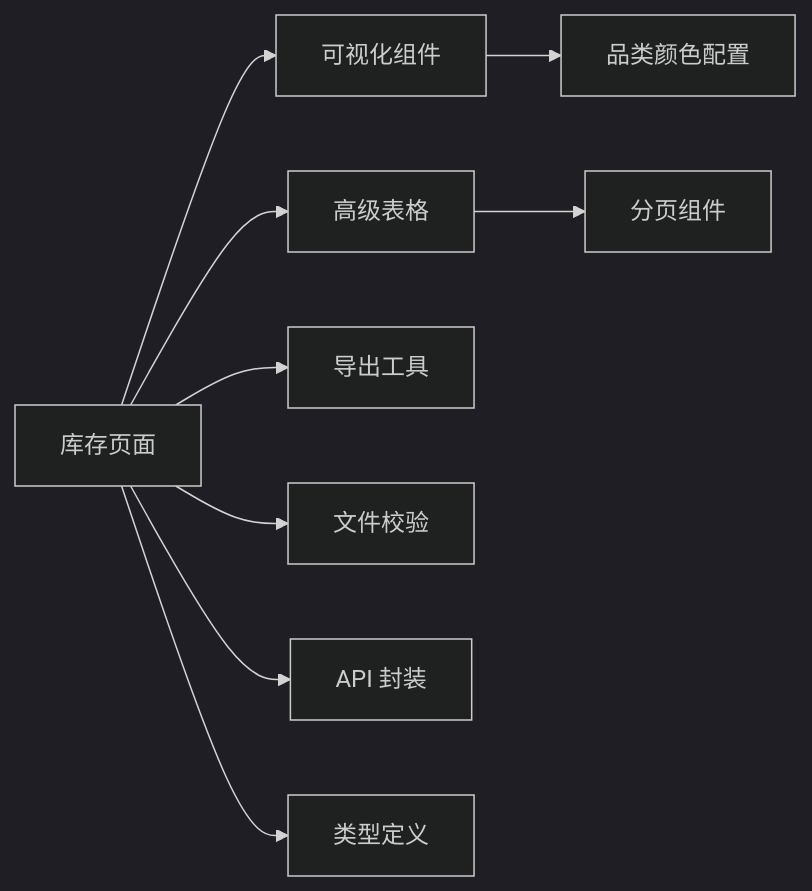
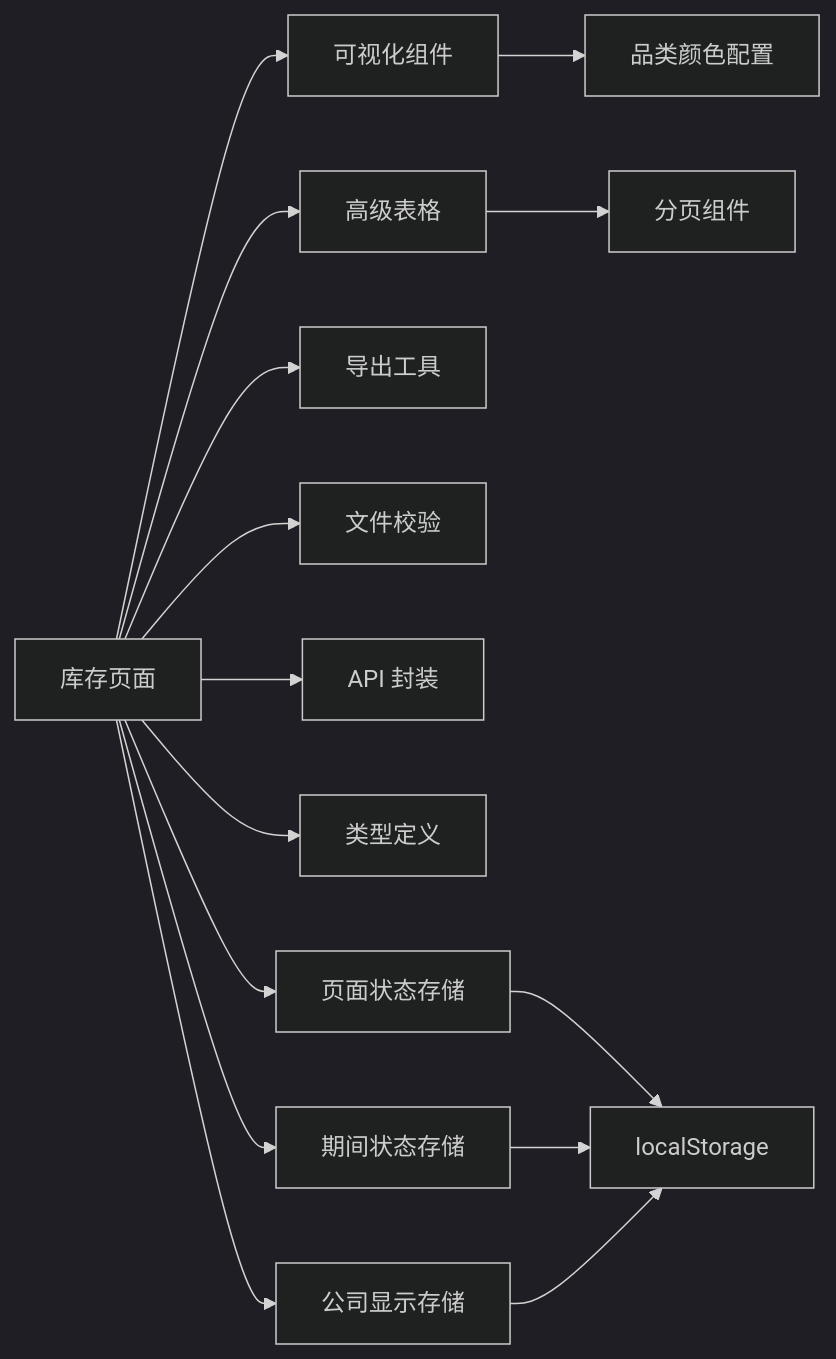
One commit to Damao997/newproject changed diagram 11 of 11 in .qoder/repowiki/zh/content/页面组件/库存管理页面.md. Above: the diagram before and after it, drawn with Mermaid (dark theme). The commit also changed other lines of this file and 22 other files, not shown here.

````diff
--- a/.qoder/repowiki/zh/content/页面组件/库存管理页面.md
+++ b/.qoder/repowiki/zh/content/页面组件/库存管理页面.md
@@ -447,11 +567,17 @@
 ```mermaid
 graph LR
 Inv["库存页面"] --> Charts["可视化组件"]
 Inv --> PDT["高级表格"]
 Inv --> Exp["导出工具"]
 Inv --> Val["文件校验"]
 Inv --> Api["API 封装"]
 Inv --> Types["类型定义"]
+Inv --> PS["页面状态存储"]
+Inv --> Period["期间状态存储"]
+Inv --> Company["公司显示存储"]
 Charts --> Colors["品类颜色配置"]
 PDT --> Pag["分页组件"]
+PS --> LocalStorage["localStorage"]
+Period --> LocalStorage
+Company --> LocalStorage
 ```
````
